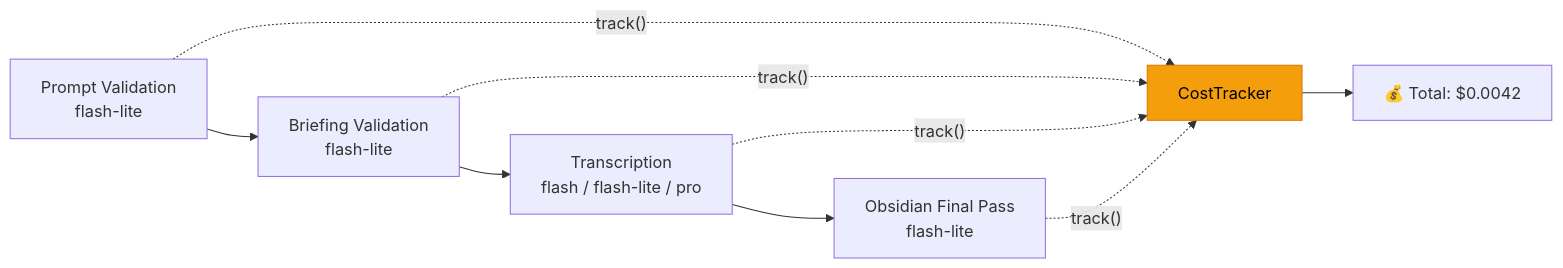
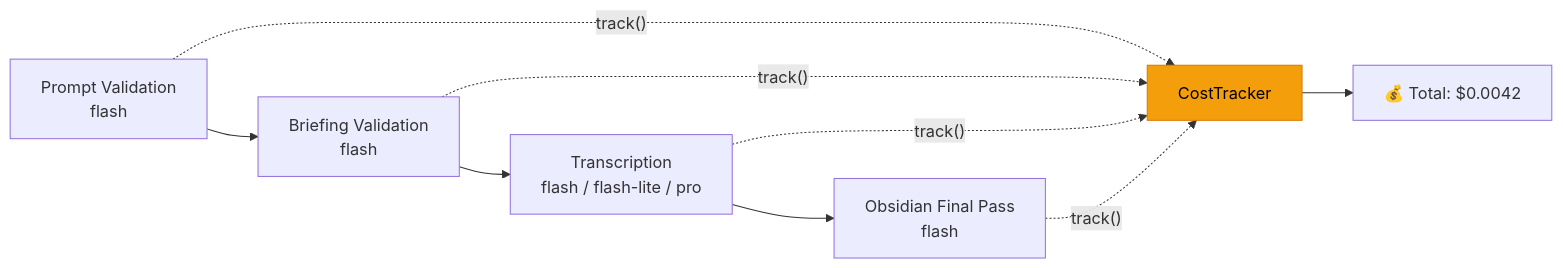
Before and after one commit to Aurelian-Shuttleworth/agent-ear: the fifth of 6 diagrams in docs/explanation/architecture.md, drawn with Mermaid. The commit also changed other lines of this file and 13 other files, not shown here.

````diff
--- a/docs/explanation/architecture.md
+++ b/docs/explanation/architecture.md
@@ -170,15 +171,15 @@
 ```mermaid
 flowchart LR
-    V["Prompt Validation<br/>flash-lite"] --> B["Briefing Validation<br/>flash-lite"]
+    V["Prompt Validation<br/>flash"] --> B["Briefing Validation<br/>flash"]
     B --> T["Transcription<br/>flash / flash-lite / pro"]
-    T --> O["Obsidian Final Pass<br/>flash-lite"]
+    T --> O["Obsidian Final Pass<br/>flash"]
 
     V -.->|"track()"| CT["CostTracker"]
     B -.->|"track()"| CT
     T -.->|"track()"| CT
     O -.->|"track()"| CT
 
     CT --> Summary["💰 Total: $0.0042"]
 
     style CT fill:#f59e0b,stroke:#d97706,color:#000
 ```
````
